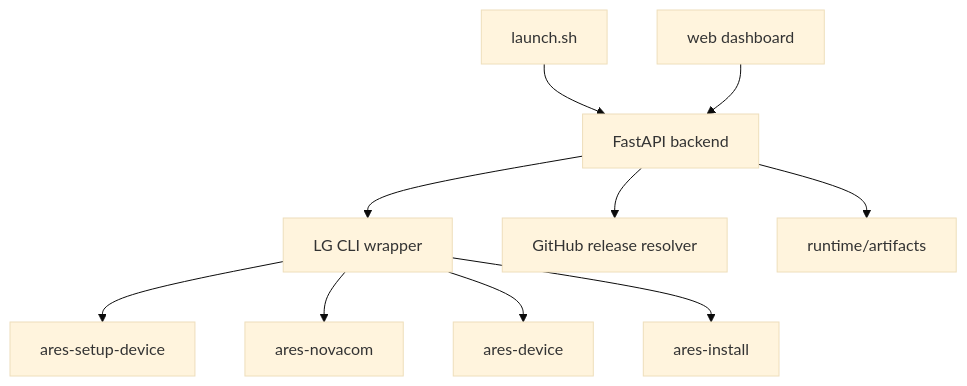
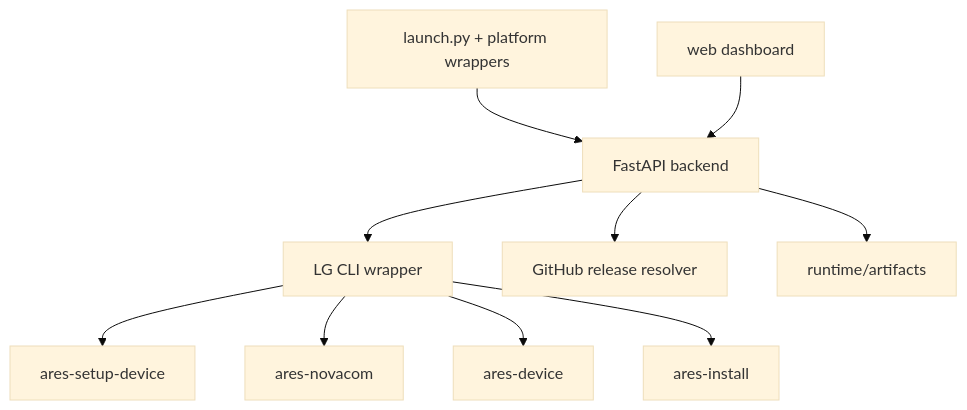
Before and after one commit to sharvinzlife/webos-sidecar: the first of 2 diagrams in README.md, drawn with Mermaid (base theme). The commit also changed other lines of this file and 3 other files, not shown here.

````diff
--- a/README.md
+++ b/README.md
@@ -171,12 +199,12 @@
 ```mermaid
 flowchart TD
-    A["launch.sh"] --> B["FastAPI backend"]
+    A["launch.py + platform wrappers"] --> B["FastAPI backend"]
     B --> C["LG CLI wrapper"]
     B --> D["GitHub release resolver"]
     B --> E["runtime/artifacts"]
     F["web dashboard"] --> B
     C --> G["ares-setup-device"]
     C --> H["ares-novacom"]
     C --> I["ares-device"]
     C --> J["ares-install"]
 ```
````
